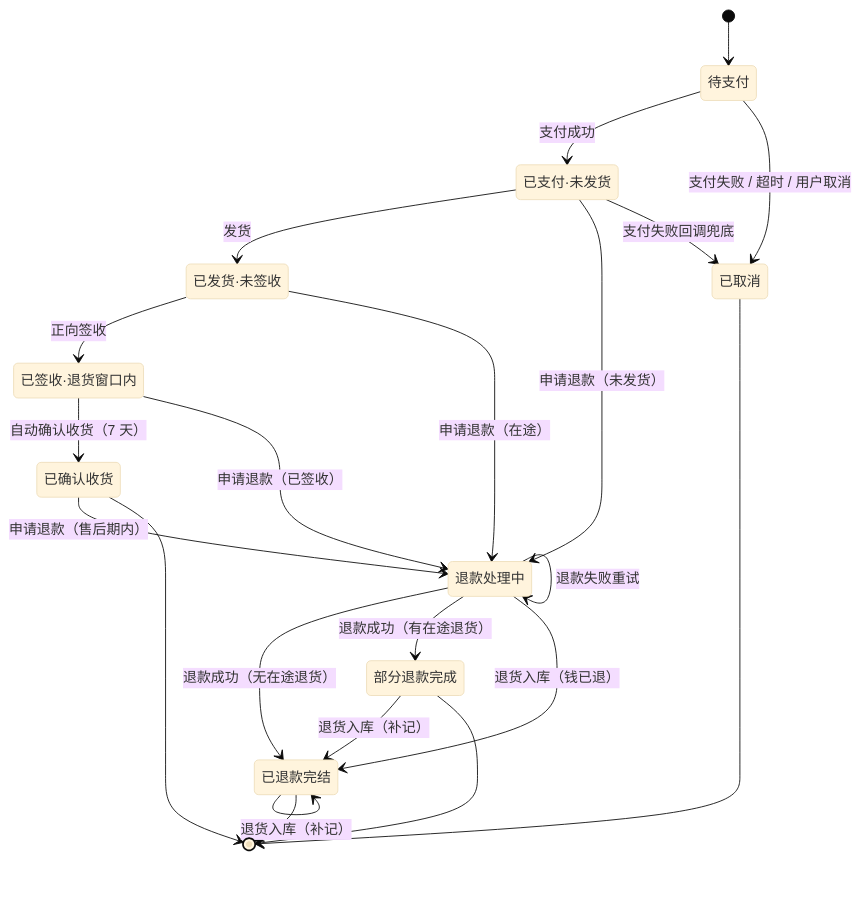
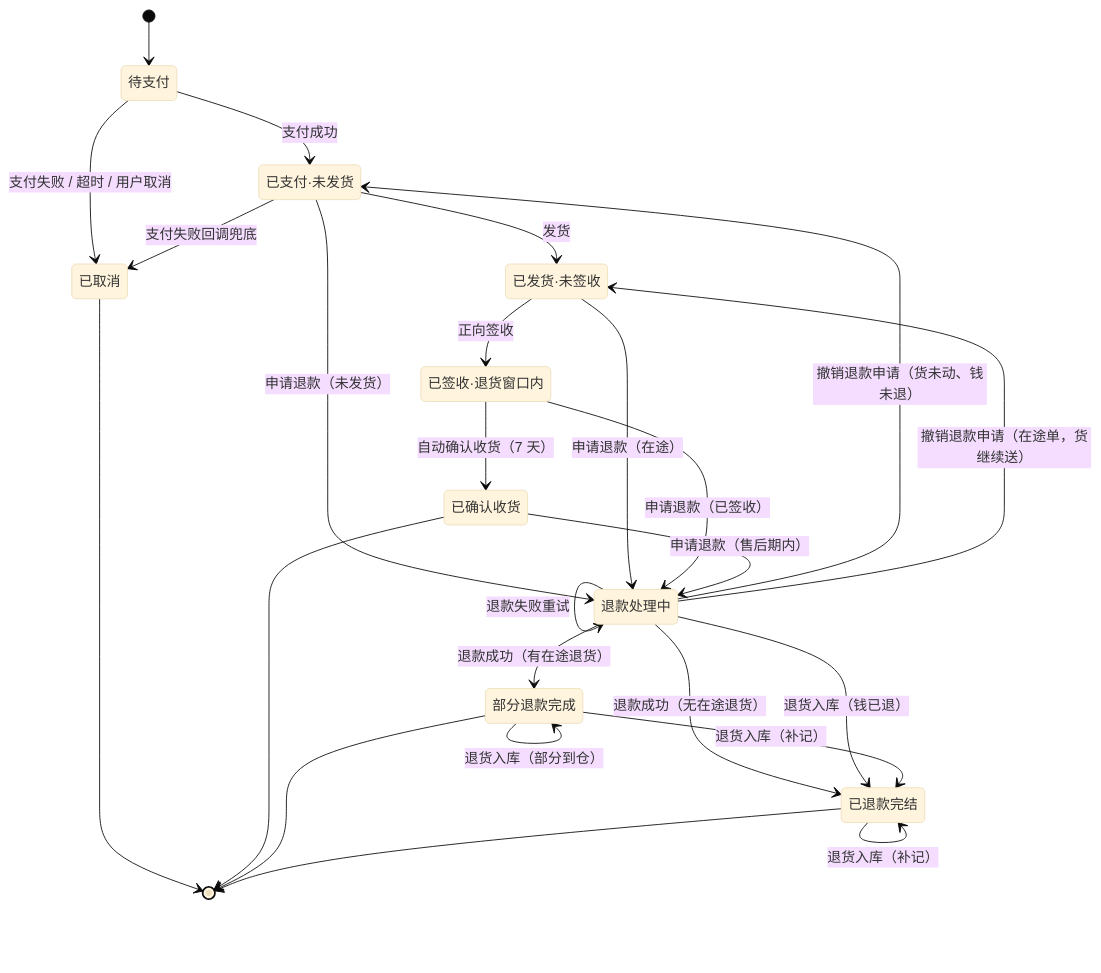
One commit to Tan-Ye/server-journey changed the diagram in projects/trade-core/docs/state-machine.md. Above: the diagram before and after it, drawn with Mermaid (base theme). The commit also changed other lines of this file and 2 other files, not shown here.

````diff
--- a/projects/trade-core/docs/state-machine.md
+++ b/projects/trade-core/docs/state-machine.md
@@ -12,34 +12,37 @@
 ```mermaid
 stateDiagram-v2
     state "待支付" as PENDING_PAYMENT
     state "已支付·未发货" as PAID
     state "已发货·未签收" as SHIPPED
     state "已签收·退货窗口内" as DELIVERED
     state "已确认收货" as COMPLETED
     state "退款处理中" as REFUNDING
     state "部分退款完成" as PARTIALLY_REFUNDED
     state "已退款完结" as REFUNDED
     state "已取消" as CANCELLED
 
     [*] --> PENDING_PAYMENT
     PENDING_PAYMENT --> PAID : 支付成功
     PENDING_PAYMENT --> CANCELLED : 支付失败 / 超时 / 用户取消
     PAID --> SHIPPED : 发货
     PAID --> REFUNDING : 申请退款（未发货）
     PAID --> CANCELLED : 支付失败回调兜底
     SHIPPED --> DELIVERED : 正向签收
     SHIPPED --> REFUNDING : 申请退款（在途）
     DELIVERED --> COMPLETED : 自动确认收货（7 天）
     DELIVERED --> REFUNDING : 申请退款（已签收）
     COMPLETED --> REFUNDING : 申请退款（售后期内）
+    REFUNDING --> PAID : 撤销退款申请（货未动、钱未退）
+    REFUNDING --> SHIPPED : 撤销退款申请（在途单，货继续送）
     REFUNDING --> REFUNDED : 退款成功（无在途退货）
     REFUNDING --> PARTIALLY_REFUNDED : 退款成功（有在途退货）
     REFUNDING --> REFUNDED : 退货入库（钱已退）
     REFUNDING --> REFUNDING : 退款失败重试
     PARTIALLY_REFUNDED --> REFUNDED : 退货入库（补记）
+    PARTIALLY_REFUNDED --> PARTIALLY_REFUNDED : 退货入库（部分到仓）
     REFUNDED --> REFUNDED : 退货入库（补记）
     CANCELLED --> [*]
     COMPLETED --> [*]
     PARTIALLY_REFUNDED --> [*]
     REFUNDED --> [*]
 ```
````
